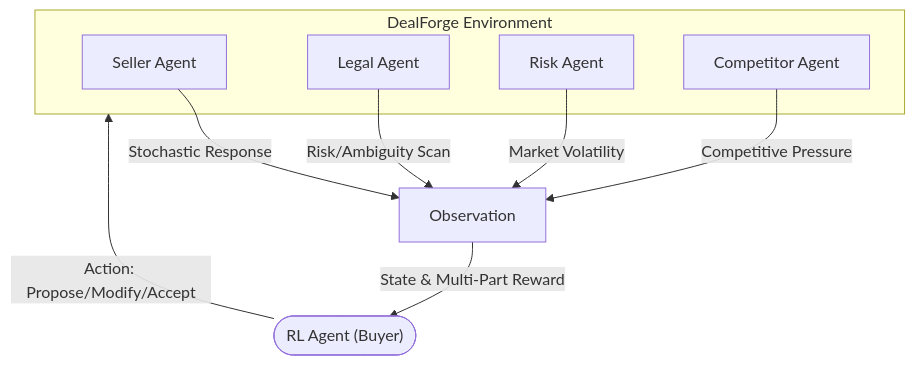
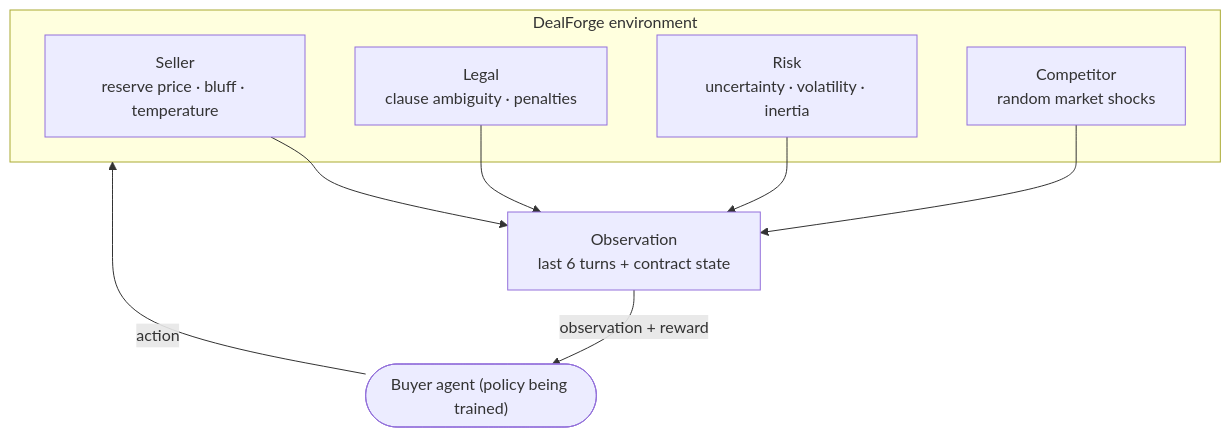
One commit to kartikeyajay2006/RL-model-Negotiation changed the diagram in README.md. Above: the diagram before and after it, drawn with Mermaid. The commit also changed other lines of this file, not shown here.

Commit message:
docs: rewrite README with clear overview, architecture and setup

````diff
--- a/README.md
+++ b/README.md
@@ -57,17 +31,15 @@
 ```mermaid
 graph TD
-    subgraph Environment ["DealForge Environment"]
-        S[Seller Agent]
-        L[Legal Agent]
-        R[Risk Agent]
-        C[Competitor Agent]
+    subgraph Env["DealForge environment"]
+        S[Seller<br/>reserve price · bluff · temperature]
+        L[Legal<br/>clause ambiguity · penalties]
+        R[Risk<br/>uncertainty · volatility · inertia]
+        C[Competitor<br/>random market shocks]
     end
-
-    User(["RL Agent (Buyer)"]) -- Action: Propose/Modify/Accept --> Environment
-    S -- Stochastic Response --> Observation
-    L -- Risk/Ambiguity Scan --> Observation
-    R -- Market Volatility --> Observation
-    C -- Competitive Pressure --> Observation
-    
-    Observation -- State & Multi-Part Reward --> User
+    B(["Buyer agent (policy being trained)"]) -- action --> Env
+    S --> O[Observation<br/>last 6 turns + contract state]
+    L --> O
+    R --> O
+    C --> O
+    O -- observation + reward --> B
 ```
````
